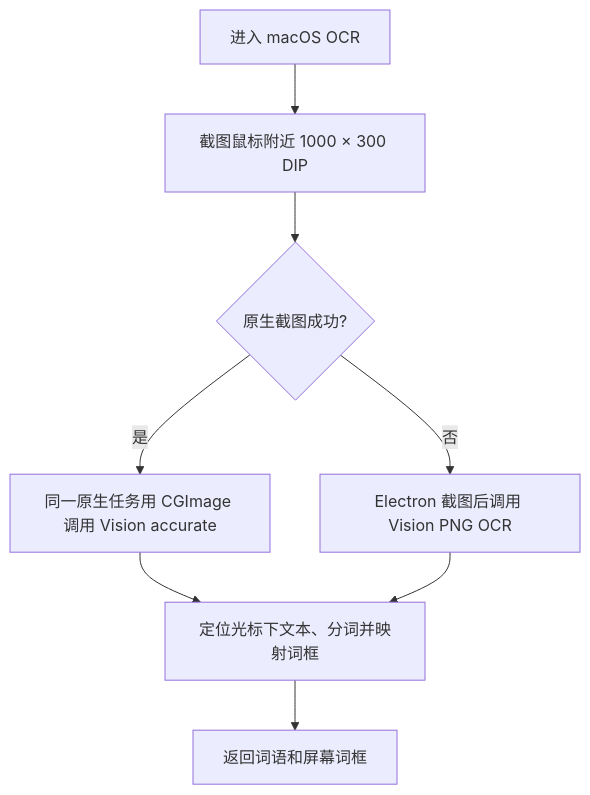
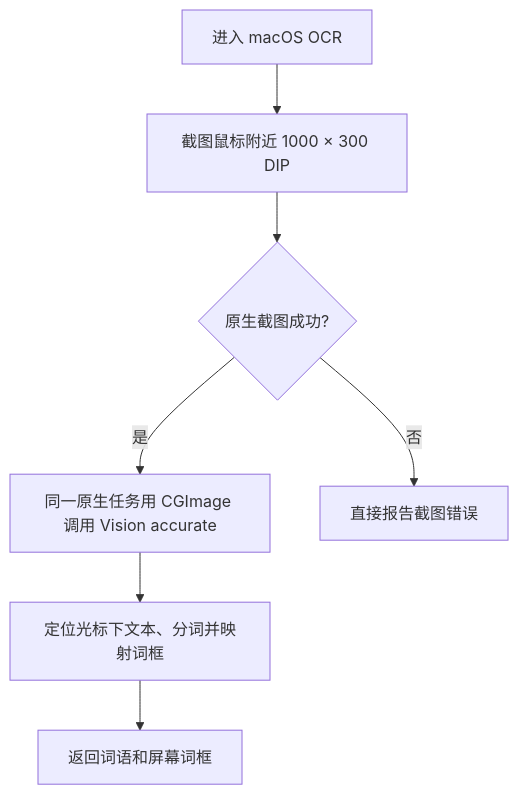
One commit to manxingxing/Dictol changed the second of 7 diagrams in docs/hover-and-screenshot-translation-flows.md. Above: the diagram before and after it, drawn with Mermaid. The commit also changed other lines of this file and 54 other files, not shown here.

````diff
--- a/docs/hover-and-screenshot-translation-flows.md
+++ b/docs/hover-and-screenshot-translation-flows.md
@@ -24,10 +24,9 @@
 ```mermaid
 flowchart TD
     A[进入 macOS OCR] --> B[截图鼠标附近 1000 × 300 DIP]
     B --> C{原生截图成功?}
     C -->|是| D[同一原生任务用 CGImage 调用 Vision accurate]
-    C -->|否| E[Electron 截图后调用 Vision PNG OCR]
+    C -->|否| E[直接报告截图错误]
     D --> F[定位光标下文本、分词并映射词框]
-    E --> F
     F --> G[返回词语和屏幕词框]
 ```
````
